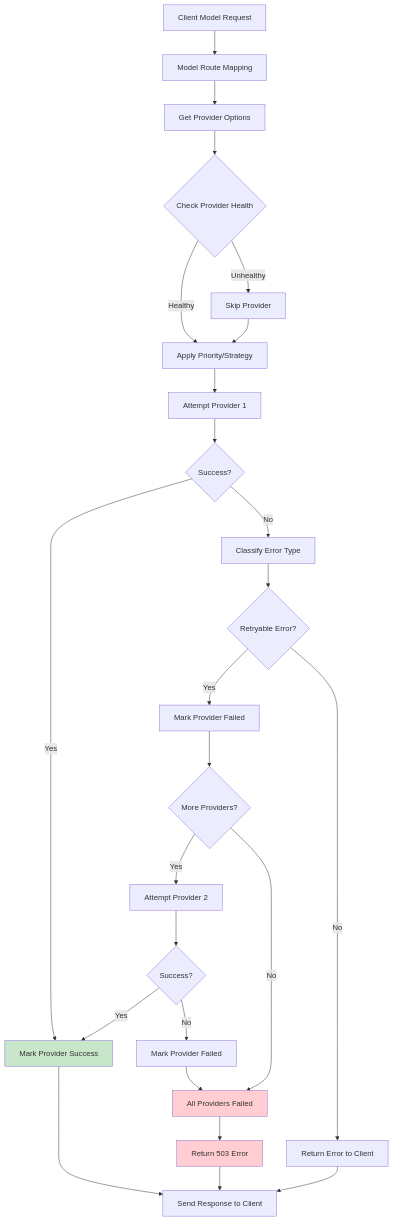
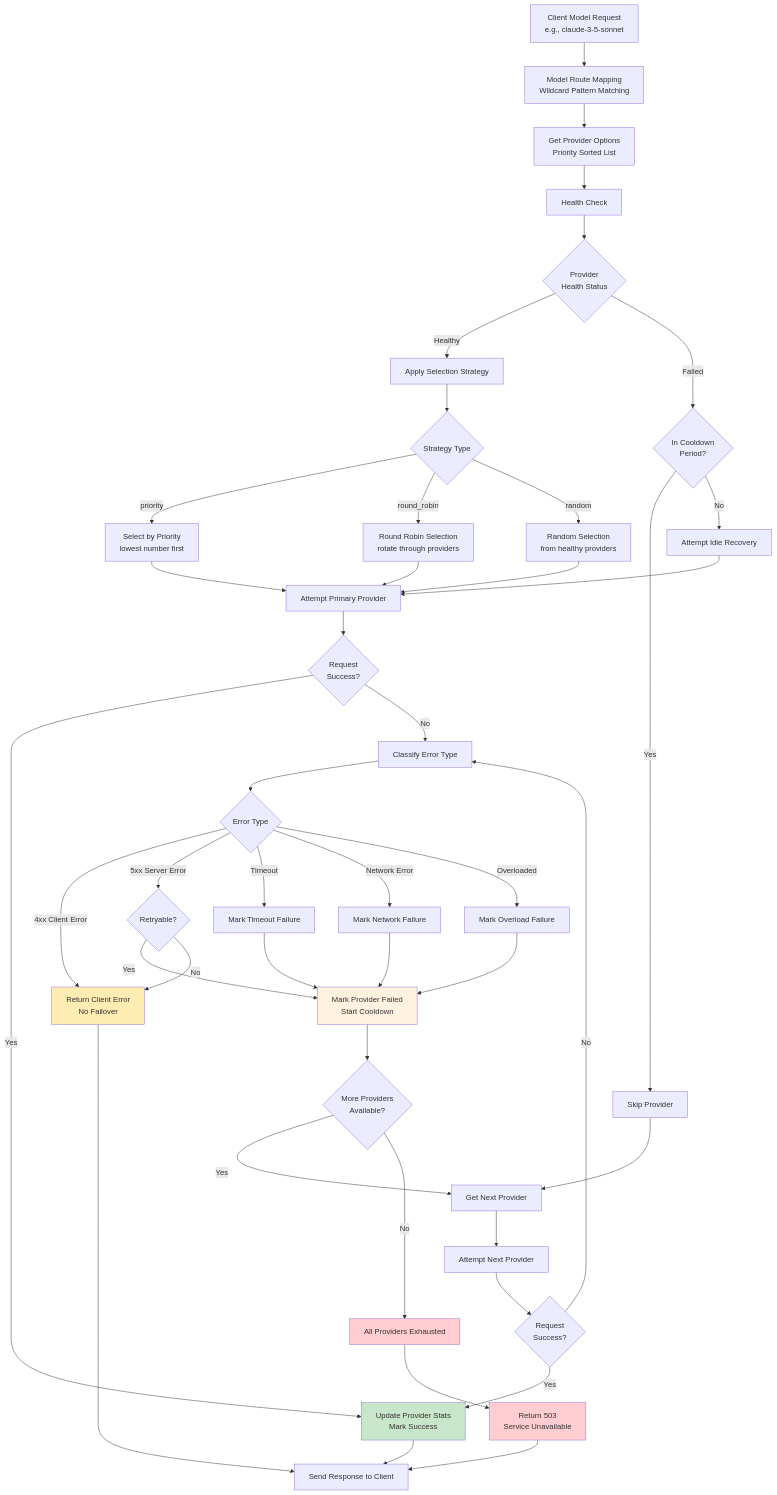
The fifth of 10 diagrams in docs/architecture-diagrams.md (zkytech/claude-code-provider-balancer), drawn with Mermaid before and after one commit. The commit also changed other lines of this file and 5 other files, not shown here.

````diff
--- a/docs/architecture-diagrams.md
+++ b/docs/architecture-diagrams.md
@@ -134,39 +260,62 @@
 ```mermaid
 graph TD
-    ModelReq[Client Model Request] --> ModelMap[Model Route Mapping]
-    ModelMap --> ProviderList[Get Provider Options]
+    ModelReq[Client Model Request<br/>e.g., claude-3-5-sonnet] --> ModelMap[Model Route Mapping<br/>Wildcard Pattern Matching]
+    ModelMap --> ProviderList[Get Provider Options<br/>Priority Sorted List]
     
-    ProviderList --> Health{Check Provider Health}
-    Health -->|Healthy| Priority[Apply Priority/Strategy]
-    Health -->|Unhealthy| Skip[Skip Provider]
+    ProviderList --> HealthCheck[Health Check]
+    HealthCheck --> Healthy{Provider<br/>Health Status}
+    Healthy -->|Healthy| SelectionStrategy[Apply Selection Strategy]
+    Healthy -->|Failed| Cooldown{In Cooldown<br/>Period?}
     
-    Priority --> Attempt1[Attempt Provider 1]
-    Skip --> Priority
+    Cooldown -->|Yes| Skip[Skip Provider]
+    Cooldown -->|No| IdleRecovery[Attempt Idle Recovery]
     
-    Attempt1 --> Success1{Success?}
-    Success1 -->|Yes| MarkSuccess[Mark Provider Success]
-    Success1 -->|No| ClassifyError[Classify Error Type]
+    SelectionStrategy --> Strategy{Strategy Type}
+    Strategy -->|priority| PrioritySelect[Select by Priority<br/>lowest number first]
+    Strategy -->|round_robin| RoundRobinSelect[Round Robin Selection<br/>rotate through providers]
+    Strategy -->|random| RandomSelect[Random Selection<br/>from healthy providers]
     
-    ClassifyError --> Retryable{Retryable Error?}
-    Retryable -->|Yes| MarkFail1[Mark Provider Failed]
-    Retryable -->|No| ReturnError[Return Error to Client]
+    PrioritySelect --> Attempt1[Attempt Primary Provider]
+    RoundRobinSelect --> Attempt1
+    RandomSelect --> Attempt1
+    IdleRecovery --> Attempt1
+    Skip --> NextProvider[Get Next Provider]
     
-    MarkFail1 --> HasMore{More Providers?}
-    HasMore -->|Yes| Attempt2[Attempt Provider 2]
-    HasMore -->|No| AllFailed[All Providers Failed]
+    Attempt1 --> Success1{Request<br/>Success?}
+    Success1 -->|Yes| UpdateSuccess[Update Provider Stats<br/>Mark Success]
+    Success1 -->|No| ErrorClassify[Classify Error Type]
     
-    Attempt2 --> Success2{Success?}
-    Success2 -->|Yes| MarkSuccess
-    Success2 -->|No| MarkFail2[Mark Provider Failed]
+    ErrorClassify --> ErrorType{Error Type}
+    ErrorType -->|4xx Client Error| ClientError[Return Client Error<br/>No Failover]
+    ErrorType -->|5xx Server Error| ServerError{Retryable?}
+    ErrorType -->|Timeout| TimeoutError[Mark Timeout Failure]
+    ErrorType -->|Network Error| NetworkError[Mark Network Failure]
+    ErrorType -->|Overloaded| OverloadError[Mark Overload Failure]
     
-    MarkFail2 --> AllFailed
-    AllFailed --> Return503[Return 503 Error]
+    ServerError -->|Yes| MarkFailure[Mark Provider Failed<br/>Start Cooldown]
+    ServerError -->|No| ClientError
+    TimeoutError --> MarkFailure
+    NetworkError --> MarkFailure
+    OverloadError --> MarkFailure
     
-    MarkSuccess --> ClientResponse[Send Response to Client]
-    ReturnError --> ClientResponse
+    MarkFailure --> HasMore{More Providers<br/>Available?}
+    HasMore -->|Yes| NextProvider
+    HasMore -->|No| AllFailed[All Providers Exhausted]
+    
+    NextProvider --> Attempt2[Attempt Next Provider]
+    Attempt2 --> Success2{Request<br/>Success?}
+    Success2 -->|Yes| UpdateSuccess
+    Success2 -->|No| ErrorClassify
+    
+    AllFailed --> Return503[Return 503<br/>Service Unavailable]
+    
+    UpdateSuccess --> ClientResponse[Send Response to Client]
+    ClientError --> ClientResponse
     Return503 --> ClientResponse
     
-    style MarkSuccess fill:#c8e6c9
+    style UpdateSuccess fill:#c8e6c9
     style AllFailed fill:#ffcdd2
     style Return503 fill:#ffcdd2
+    style ClientError fill:#ffecb3
+    style MarkFailure fill:#fff3e0
 ```
````
